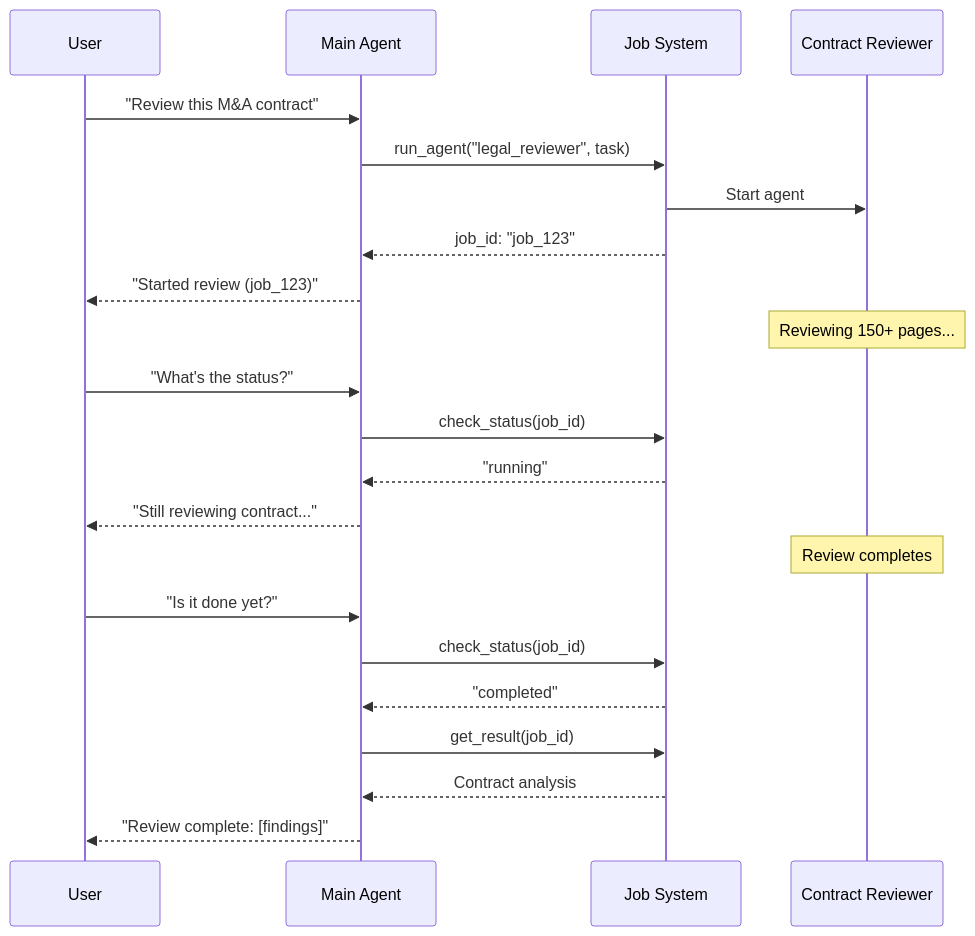
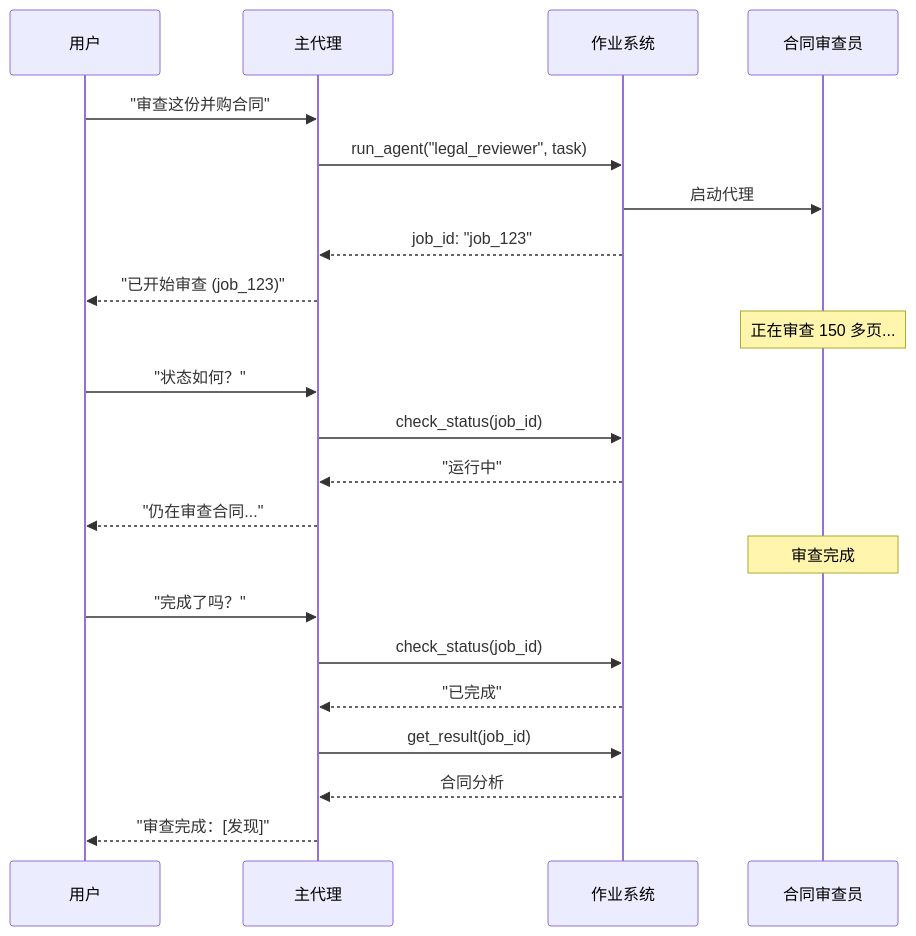
The third of 5 diagrams in oss/javascript/langchain/multi-agent/subagents.mdx (kunfan96/cndocs-langchain), drawn with Mermaid before and after one commit. The commit also changed other lines of this file and 505 other files, not shown here.

````diff
--- a/oss/javascript/langchain/multi-agent/subagents.mdx
+++ b/oss/javascript/langchain/multi-agent/subagents.mdx
@@ -141,29 +139,29 @@
 ```mermaid
 sequenceDiagram
-    participant User
-    participant Main Agent
-    participant Job System
-    participant Contract Reviewer
+    participant 用户
+    participant 主代理
+    participant 作业系统
+    participant 合同审查员
 
-    User->>Main Agent: "Review this M&A contract"
-    Main Agent->>Job System: run_agent("legal_reviewer", task)
-    Job System->>Contract Reviewer: Start agent
-    Job System-->>Main Agent: job_id: "job_123"
-    Main Agent-->>User: "Started review (job_123)"
+    用户->>主代理: "审查这份并购合同"
+    主代理->>作业系统: run_agent("legal_reviewer", task)
+    作业系统->>合同审查员: 启动代理
+    作业系统-->>主代理: job_id: "job_123"
+    主代理-->>用户: "已开始审查 (job_123)"
 
-    Note over Contract Reviewer: Reviewing 150+ pages...
+    Note over 合同审查员: 正在审查 150 多页...
 
-    User->>Main Agent: "What's the status?"
-    Main Agent->>Job System: check_status(job_id)
-    Job System-->>Main Agent: "running"
-    Main Agent-->>User: "Still reviewing contract..."
+    用户->>主代理: "状态如何？"
+    主代理->>作业系统: check_status(job_id)
+    作业系统-->>主代理: "运行中"
+    主代理-->>用户: "仍在审查合同..."
 
-    Note over Contract Reviewer: Review completes
+    Note over 合同审查员: 审查完成
 
-    User->>Main Agent: "Is it done yet?"
-    Main Agent->>Job System: check_status(job_id)
-    Job System-->>Main Agent: "completed"
-    Main Agent->>Job System: get_result(job_id)
-    Job System-->>Main Agent: Contract analysis
-    Main Agent-->>User: "Review complete: [findings]"
+    用户->>主代理: "完成了吗？"
+    主代理->>作业系统: check_status(job_id)
+    作业系统-->>主代理: "已完成"
+    主代理->>作业系统: get_result(job_id)
+    作业系统-->>主代理: 合同分析
+    主代理-->>用户: "审查完成：[发现]"
 ```
````
